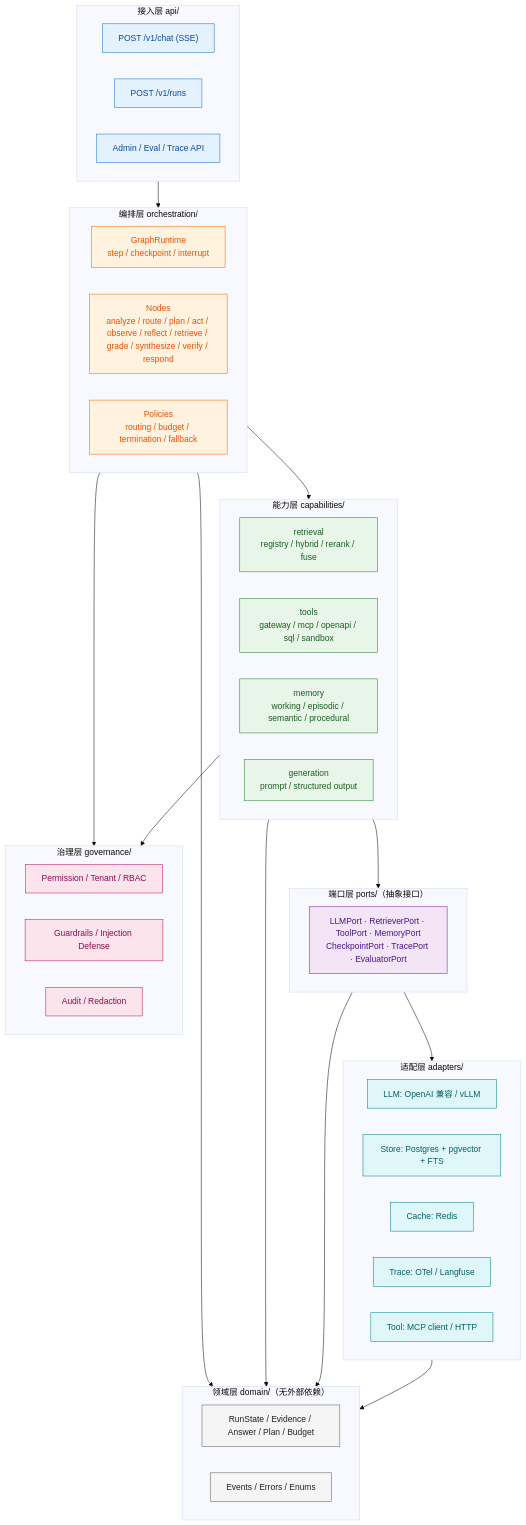
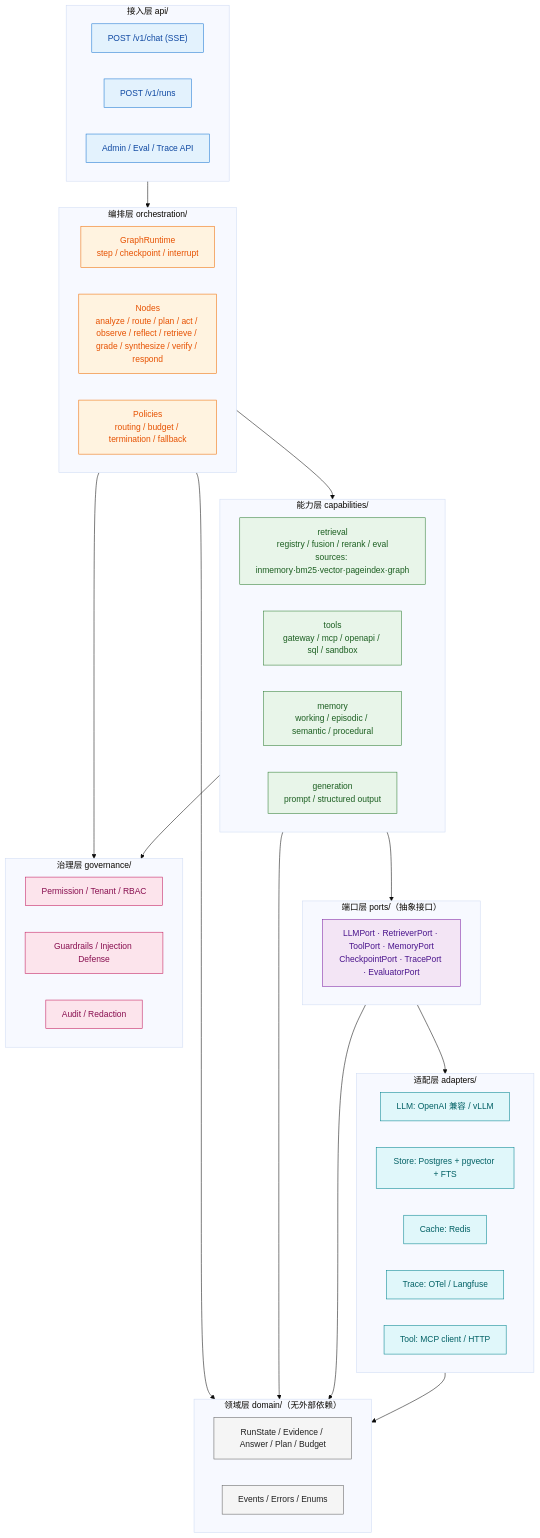
One commit to zengv/zCAISAgent changed the first of 7 diagrams in docs/03-architecture.md. Above: the diagram before and after it, drawn with Mermaid (base theme). The commit also changed other lines of this file and 77 other files, not shown here.

````diff
--- a/docs/03-architecture.md
+++ b/docs/03-architecture.md
@@ -70,60 +70,60 @@
 ```mermaid
 flowchart TB
     subgraph API["接入层 api/"]
         A1["POST /v1/chat (SSE)"]:::a
         A2["POST /v1/runs"]:::a
         A3["Admin / Eval / Trace API"]:::a
     end
 
     subgraph ORCH["编排层 orchestration/"]
         O1["GraphRuntime<br/>step / checkpoint / interrupt"]:::o
         O2["Nodes<br/>analyze / route / plan / act / observe / reflect / retrieve / grade / synthesize / verify / respond"]:::o
         O3["Policies<br/>routing / budget / termination / fallback"]:::o
     end
 
     subgraph CAP["能力层 capabilities/"]
-        C1["retrieval<br/>registry / hybrid / rerank / fuse"]:::c
+        C1["retrieval<br/>registry / fusion / rerank / eval<br/>sources: inmemory·bm25·vector·pageindex·graph"]:::c
         C2["tools<br/>gateway / mcp / openapi / sql / sandbox"]:::c
         C3["memory<br/>working / episodic / semantic / procedural"]:::c
         C4["generation<br/>prompt / structured output"]:::c
     end
 
     subgraph PORT["端口层 ports/（抽象接口）"]
         PT["LLMPort · RetrieverPort · ToolPort · MemoryPort<br/>CheckpointPort · TracePort · EvaluatorPort"]:::p
     end
 
     subgraph GOV["治理层 governance/"]
         V1["Permission / Tenant / RBAC"]:::g
         V2["Guardrails / Injection Defense"]:::g
         V3["Audit / Redaction"]:::g
     end
 
     subgraph ADP["适配层 adapters/"]
         D1["LLM: OpenAI 兼容 / vLLM"]:::d
         D2["Store: Postgres + pgvector + FTS"]:::d
         D3["Cache: Redis"]:::d
         D4["Trace: OTel / Langfuse"]:::d
         D5["Tool: MCP client / HTTP"]:::d
     end
 
     subgraph DOM["领域层 domain/（无外部依赖）"]
         M1["RunState / Evidence / Answer / Plan / Budget"]:::m
         M2["Events / Errors / Enums"]:::m
     end
 
     API --> ORCH --> CAP --> PORT --> ADP
     ORCH --> GOV
     CAP --> GOV
     ORCH --> DOM
     CAP --> DOM
     PORT --> DOM
     ADP --> DOM
 
     classDef a fill:#e3f2fd,stroke:#1976d2,color:#0d47a1
     classDef o fill:#fff3e0,stroke:#ef6c00,color:#e65100
     classDef c fill:#e8f5e9,stroke:#2e7d32,color:#1b5e20
     classDef p fill:#f3e5f5,stroke:#7b1fa2,color:#4a148c
     classDef g fill:#fce4ec,stroke:#c2185b,color:#880e4f
     classDef d fill:#e0f7fa,stroke:#00838f,color:#006064
     classDef m fill:#f5f5f5,stroke:#616161,color:#212121
 ```
````
